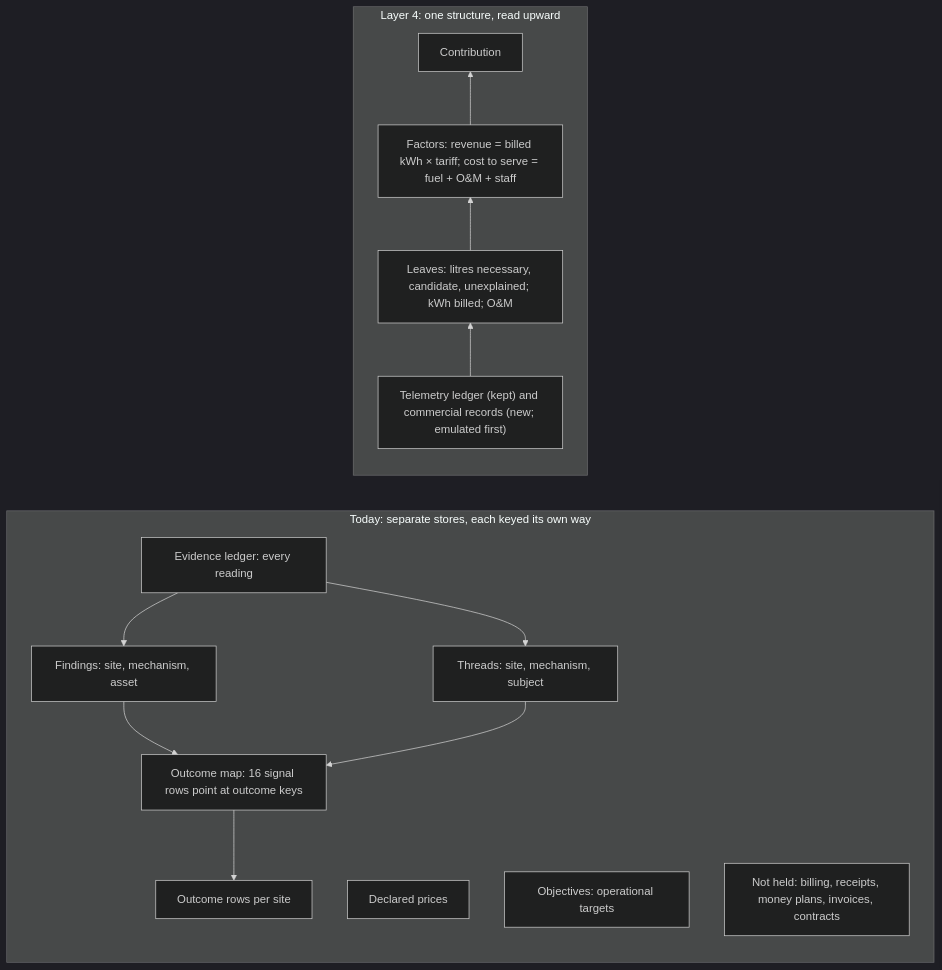
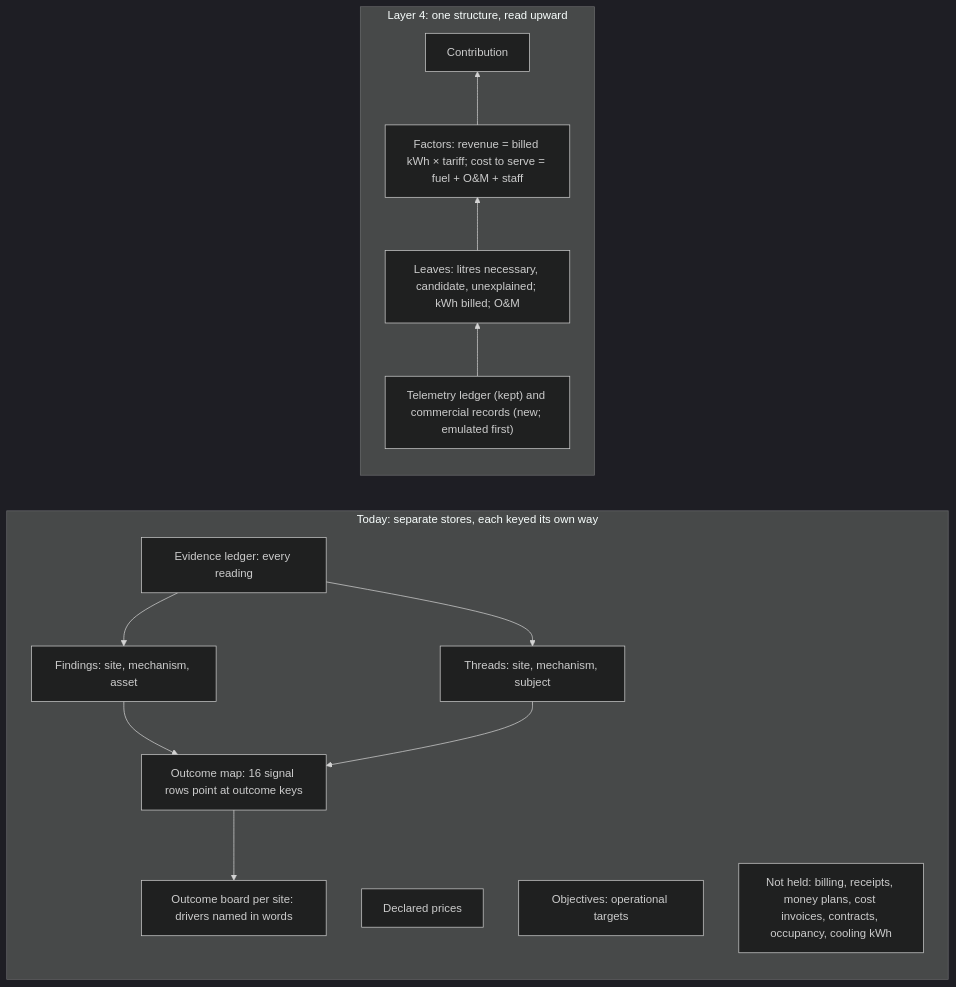
The first of 7 diagrams in Docs/demo-sprint/product-direction-layer4/layer4-transformation-design.md (bineyame/AssetOpsV1), drawn with Mermaid (dark theme) before and after one commit. The commit also changed other lines of this file and 8 other files, not shown here.

First line of the commit message:
Layer 4 design §0: review fixes H1, M1-M5, L1-L6 (site outcome board as first factor view)

````diff
--- a/Docs/demo-sprint/product-direction-layer4/layer4-transformation-design.md
+++ b/Docs/demo-sprint/product-direction-layer4/layer4-transformation-design.md
@@ -62,16 +64,16 @@
 ```mermaid
 flowchart LR
   subgraph T["Today: separate stores, each keyed its own way"]
     direction TB
     EL["Evidence ledger: every reading"] --> FI["Findings: site, mechanism, asset"] & TH["Threads: site, mechanism, subject"]
-    FI & TH --> OM["Outcome map: 16 signal rows point at outcome keys"] --> OR["Outcome rows per site"]
+    FI & TH --> OM["Outcome map: 16 signal rows point at outcome keys"] --> OB["Outcome board per site: drivers named in words"]
     PR["Declared prices"]
-    OB["Objectives: operational targets"]
-    NH["Not held: billing, receipts, money plans, invoices, contracts"]
+    OBJ["Objectives: operational targets"]
+    NH["Not held: billing, receipts, money plans, cost invoices, contracts, occupancy, cooling kWh"]
   end
   subgraph L["Layer 4: one structure, read upward"]
     direction BT
     SRC["Telemetry ledger (kept) and commercial records (new; emulated first)"] --> LEAF["Leaves: litres necessary, candidate, unexplained; kWh billed; O&M"]
     LEAF --> F["Factors: revenue = billed kWh × tariff; cost to serve = fuel + O&M + staff"] --> C["Contribution"]
   end
 ```
````
